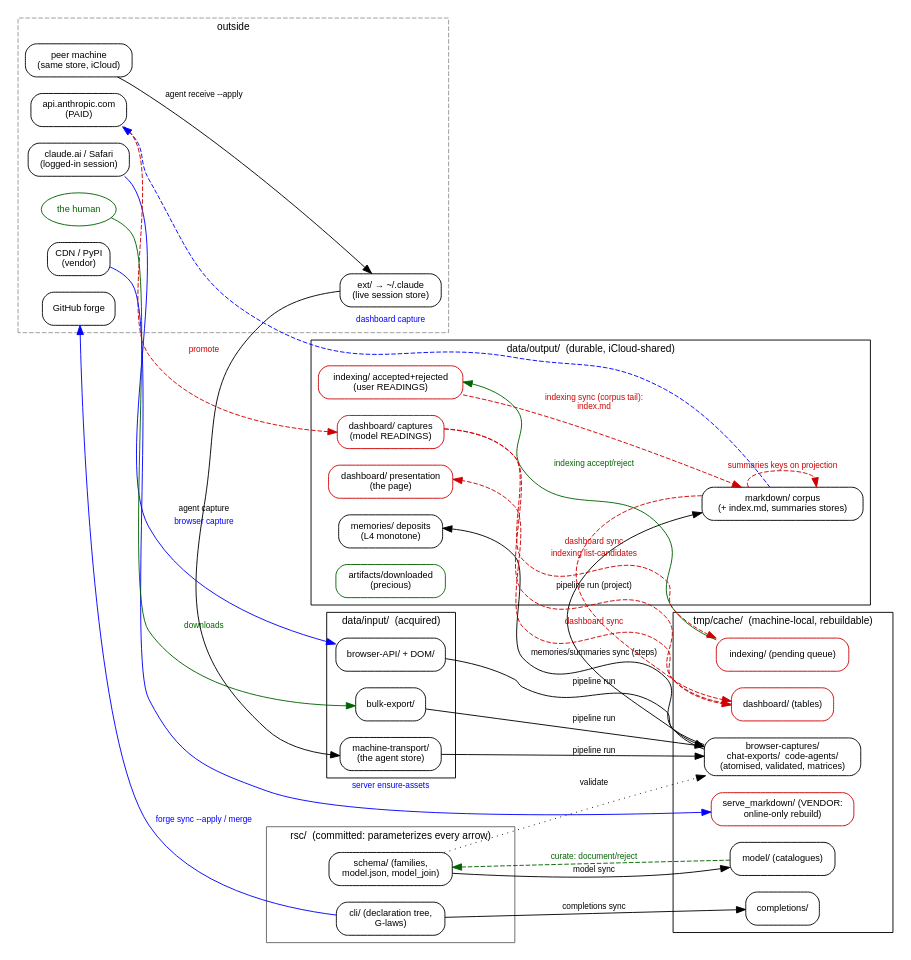
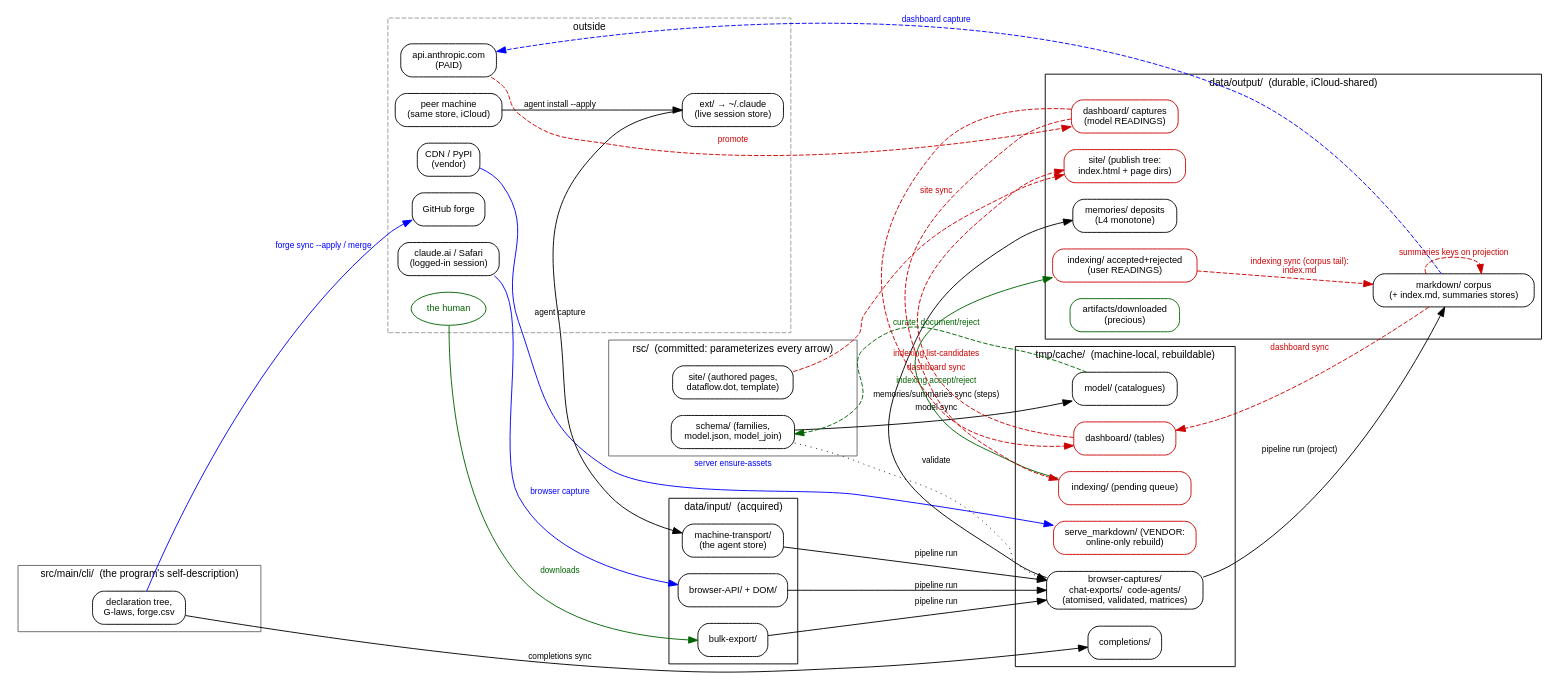
The diagram in rsc/site/yoga/dataflow.dot (rpus/corpus-yoga), drawn with Graphviz before and after one commit. The commit also changed 11 other files, not shown here.

First line of the commit message:
the site becomes an output: data/output/site/ is the one publish tree (#123)

```diff
--- a/rsc/site/yoga/dataflow.dot
+++ b/rsc/site/yoga/dataflow.dot
@@ -1,93 +1,100 @@
 // The repo's dataflow: tiers as clusters, one edge per writing command.
 //   black solid = the feed-forward kernel: input -(pipeline)-> cache -(pipeline)-> output
 //   red dashed  = the reflexive layer: the corpus reading and curating itself
 //   blue        = sends (wire crossings: what YOGA_NO_SEND refuses)
 //   green       = the human's own writes
 // Edges are labeled with the COMMAND that writes them, never a file path.
 digraph yoga {
   rankdir=LR;
   fontname="Helvetica"; fontsize=11;
   node [fontname="Helvetica", fontsize=10, shape=box, style=rounded];
   edge [fontname="Helvetica", fontsize=9];
 
   // ── outside the repo ─────────────────────────────────────────
   subgraph cluster_world {
     label="outside"; style=dashed; color=gray60;
     claudeai   [label="claude.ai / Safari\n(logged-in session)"];
     anthropic  [label="api.anthropic.com\n(PAID)"];
     cdn        [label="CDN / PyPI\n(vendor)"];
     forge      [label="GitHub forge"];
     human      [label="the human", shape=ellipse, color=darkgreen, fontcolor=darkgreen];
     peer       [label="peer machine\n(same store, iCloud)"];
     liveproj   [label="ext/ → ~/.claude\n(live session store)"];
   }
 
   // ── rsc/ (committed) ─────────────────────────────────────────
   subgraph cluster_rsc {
     label="rsc/  (committed: parameterizes every arrow)"; color=gray40;
     schemas [label="schema/ (families,\nmodel.json, model_join)"];
-    clidecl [label="cli/ (declaration tree,\nG-laws)"];
+    sitesrc [label="site/ (authored pages,\ndataflow.dot, template)"];
+  }
+
+  // ── src/main/cli/ (committed) ────────────────────────────────
+  subgraph cluster_cli {
+    label="src/main/cli/  (the program's self-description)"; color=gray40;
+    clidecl [label="declaration tree,\nG-laws, forge.csv"];
   }
 
   // ── data/input/ ──────────────────────────────────────────────
   subgraph cluster_input {
     label="data/input/  (acquired)"; color=black;
     bulk    [label="bulk-export/"];
     brapi   [label="browser-API/ + DOM/"];
     store   [label="machine-transport/\n(the agent store)"];
   }
 
   // ── tmp/cache/ ───────────────────────────────────────────────
   subgraph cluster_cache {
     label="tmp/cache/  (machine-local, rebuildable)"; color=black;
     pipec   [label="browser-captures/\nchat-exports/  code-agents/\n(atomised, validated, matrices)"];
     dashc   [label="dashboard/ (tables)", color=red3];
     idxc    [label="indexing/ (pending queue)", color=red3];
     modelc  [label="model/ (catalogues)"];
     compc   [label="completions/"];
     vendc   [label="serve_markdown/ (VENDOR:\nonline-only rebuild)", color=red3];
   }
 
   // ── data/output/ ─────────────────────────────────────────────
   subgraph cluster_output {
     label="data/output/  (durable, iCloud-shared)"; color=black;
     corpus  [label="markdown/ corpus\n(+ index.md, summaries stores)"];
     deposits[label="memories/ deposits\n(L4 monotone)"];
     reading [label="dashboard/ captures\n(model READINGS)", color=red3];
     curation[label="indexing/ accepted+rejected\n(user READINGS)", color=red3];
-    page    [label="dashboard/ presentation\n(the page)", color=red3];
+    site    [label="site/ (publish tree:\nindex.html + page dirs)", color=red3];
     artifacts[label="artifacts/downloaded\n(precious)", color=darkgreen];
   }
 
   // ── the KERNEL: input →(pipeline)→ cache →(pipeline)→ output ─
   claudeai -> brapi   [label="browser capture", color=blue, fontcolor=blue];
   liveproj -> store   [label="agent capture"];
-  peer     -> liveproj[label="agent receive --apply"];
+  peer     -> liveproj[label="agent install --apply"];
   human    -> bulk    [label="downloads", color=darkgreen, fontcolor=darkgreen];
   bulk  -> pipec  [label="pipeline run"];
   brapi -> pipec  [label="pipeline run"];
   store -> pipec  [label="pipeline run"];
   schemas -> pipec [label="validate", style=dotted];
   pipec -> corpus   [label="pipeline run (project)"];
   pipec -> deposits [label="memories/summaries sync (steps)"];
 
   // ── support caches from rsc ──────────────────────────────────
   clidecl -> compc  [label="completions sync"];
   schemas -> modelc [label="model sync"];
   modelc  -> schemas [label="curate: document/reject", color=darkgreen, fontcolor=darkgreen, style=dashed];
 
   // ── the REFLEXIVE layer: output reads itself ─────────────────
   corpus  -> anthropic [label="dashboard capture", color=blue, fontcolor=blue, style=dashed];
   anthropic -> reading [label="promote", color=red3, fontcolor=red3, style=dashed];
   corpus  -> dashc  [label="dashboard sync", color=red3, fontcolor=red3, style=dashed];
   reading -> dashc  [color=red3, style=dashed];
-  dashc   -> page   [label="dashboard sync", color=red3, fontcolor=red3, style=dashed];
+  dashc   -> site   [label="dashboard sync", color=red3, fontcolor=red3, style=dashed];
+  sitesrc -> site   [label="site sync", color=red3, fontcolor=red3, style=dashed];
   reading -> idxc   [label="indexing list-candidates", color=red3, fontcolor=red3, style=dashed];
   idxc    -> curation [label="indexing accept/reject", color=darkgreen, fontcolor=darkgreen];
   curation -> corpus [label="indexing sync (corpus tail):\nindex.md", color=red3, fontcolor=red3, style=dashed];
   corpus  -> corpus  [label="summaries keys on projection", color=red3, fontcolor=red3, style=dashed];
 
   // ── vendor + forge ───────────────────────────────────────────
   cdn   -> vendc [label="server ensure-assets", color=blue, fontcolor=blue];
   clidecl -> forge [label="forge sync --apply / merge", color=blue, fontcolor=blue];
 }
```
